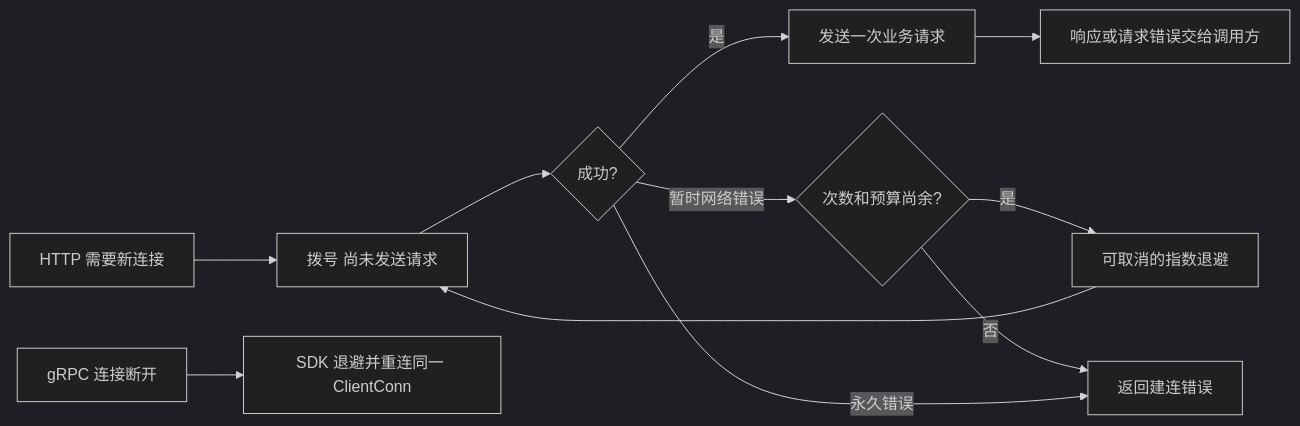
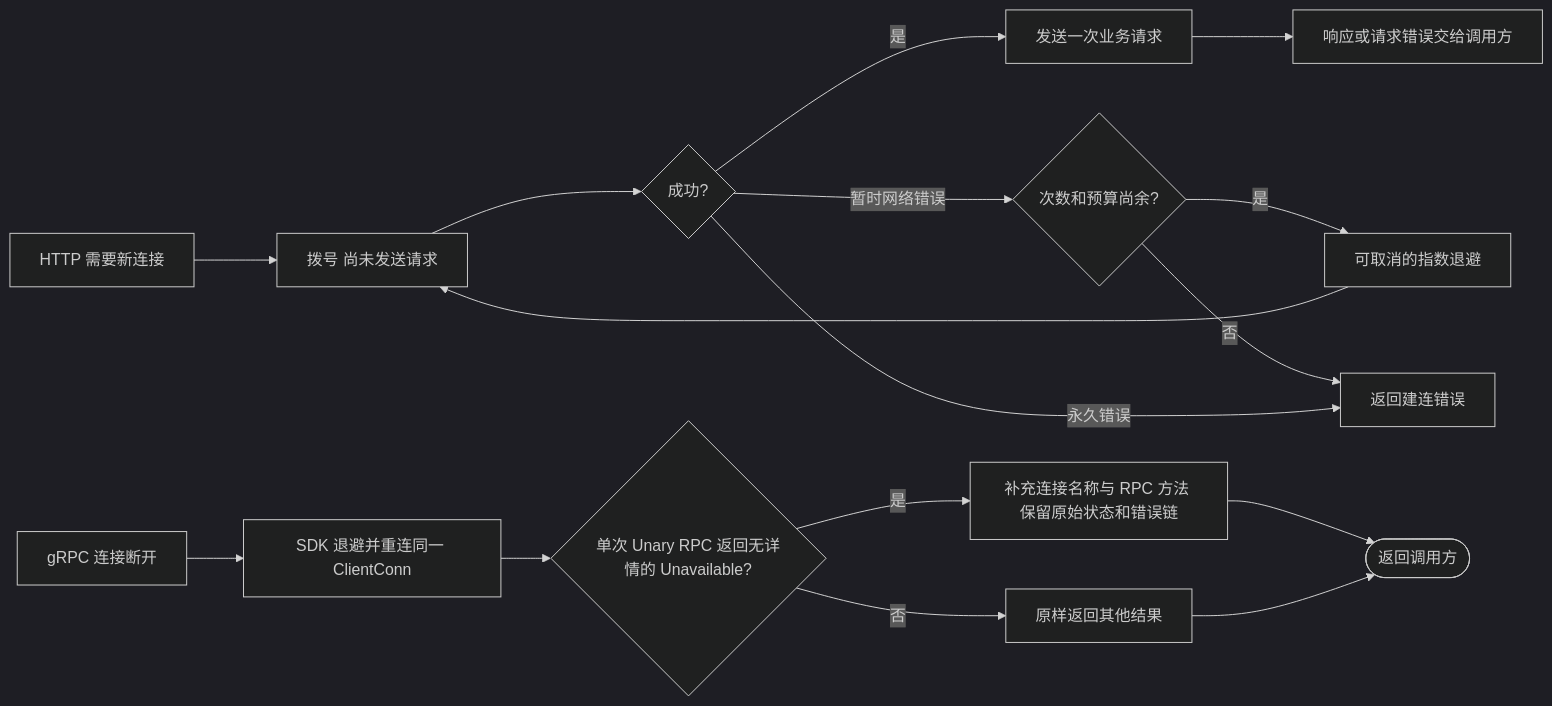
The fourth of 9 diagrams in pkg/client/README.md (jaggerzhuang1994/kratos-foundation), drawn with Mermaid (dark theme) before and after one commit. The commit also changed other lines of this file and 9 other files, not shown here.

````diff
--- a/pkg/client/README.md
+++ b/pkg/client/README.md
@@ -125,13 +127,18 @@
 ```mermaid
 flowchart LR
     A[HTTP 需要新连接] --> B[拨号 尚未发送请求]
     B --> C{成功?}
     C -- 是 --> D[发送一次业务请求]
     C -- 暂时网络错误 --> E{次数和预算尚余?}
     E -- 是 --> F[可取消的指数退避]
     F --> B
     E -- 否 --> G[返回建连错误]
     C -- 永久错误 --> G
     D --> H[响应或请求错误交给调用方]
     I[gRPC 连接断开] --> J[SDK 退避并重连同一 ClientConn]
+    J --> K{单次 Unary RPC 返回无详情的 Unavailable?}
+    K -- 是 --> L[补充连接名称与 RPC 方法 保留原始状态和错误链]
+    K -- 否 --> M[原样返回其他结果]
+    L --> N([返回调用方])
+    M --> N
 ```
````
